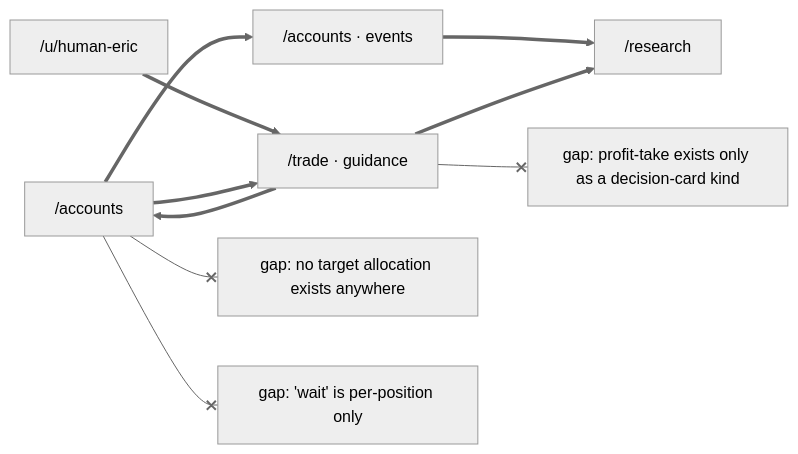
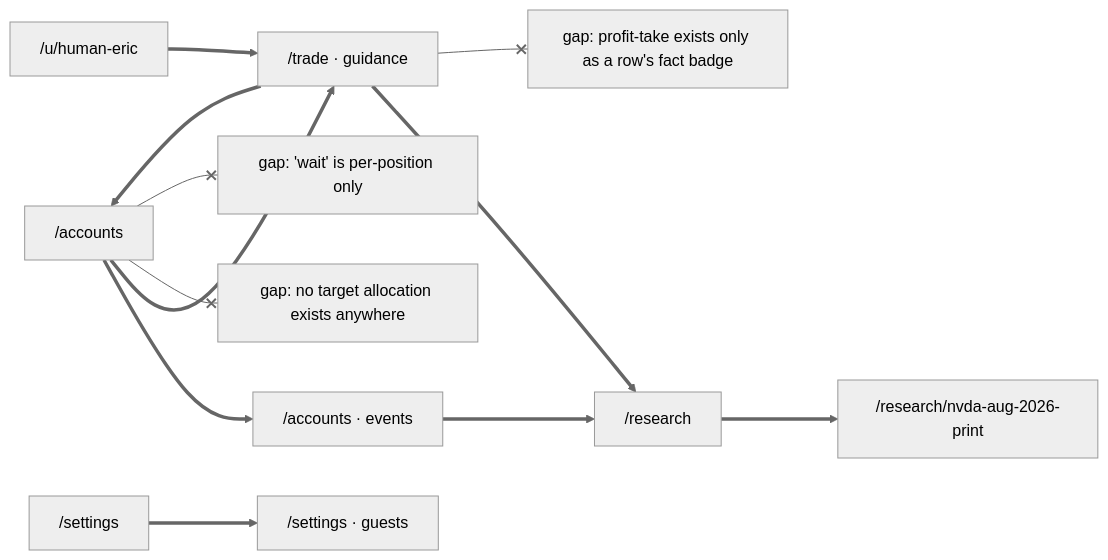
Before and after one commit to ejclark/skynet-capital: the second of 6 diagrams in docs/members/maps.md, drawn with Mermaid (neutral theme). The commit also changed other lines of this file, not shown here.

````diff
--- a/docs/members/maps.md
+++ b/docs/members/maps.md
@@ -24,17 +27,22 @@
 ```mermaid
 flowchart LR
   r0["/accounts"]
   r1["/accounts · events"]
   r2["/research"]
-  r3["/u/human-eric"]
-  r4["/trade · guidance"]
+  r3["/research/nvda-aug-2026-print"]
+  r4["/u/human-eric"]
+  r5["/trade · guidance"]
+  r6["/settings"]
+  r7["/settings · guests"]
   r0 ==> r1
   r1 ==> r2
-  r3 ==> r4
-  r4 ==> r0
-  r0 ==> r4
-  r4 ==> r2
-  r4 --x d0["gap: profit-take exists only as a decision-card kind"]
+  r2 ==> r3
+  r4 ==> r5
+  r5 ==> r0
+  r0 ==> r5
+  r5 ==> r2
+  r6 ==> r7
+  r5 --x d0["gap: profit-take exists only as a row's fact badge"]
   r0 --x d1["gap: no target allocation exists anywhere"]
   r0 --x d2["gap: 'wait' is per-position only"]
 ```
````
